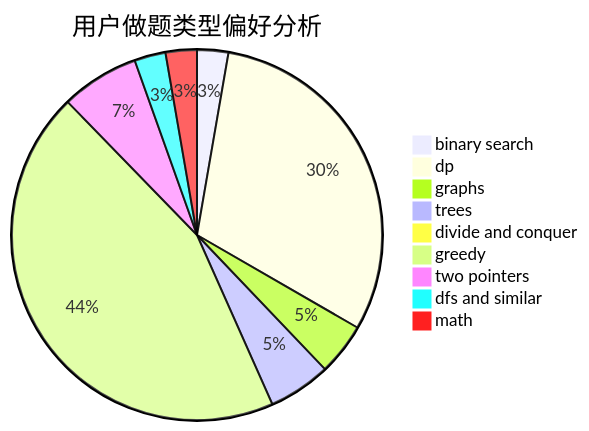
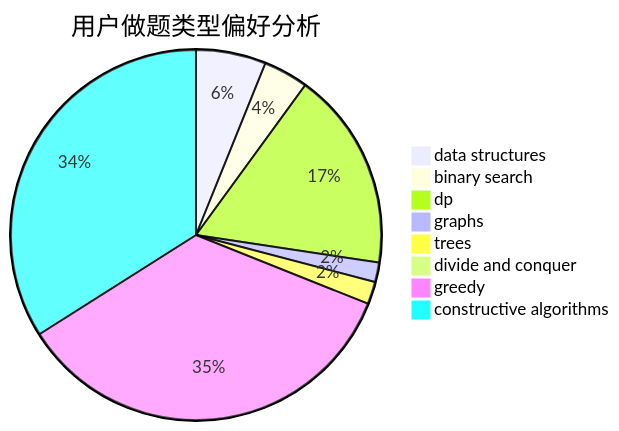
Before and after one commit to sherpahu/cfrs.github.io: the second of 3 diagrams in docs/user/u1674.md, drawn with Mermaid. The commit also changed other lines of this file and 2775 other files, not shown here.

````diff
--- a/docs/user/u1674.md
+++ b/docs/user/u1674.md
@@ -23,12 +23,11 @@
 ```mermaid
 pie title 用户做题类型偏好分析
-    "binary search" :  18
-    "dp" :  202
-    "graphs" :  30
-    "trees" :  36
-    "divide and conquer" :  4
-    "greedy" :  293
-    "two pointers" :  45
-    "dfs and similar" :  18
-    "math" :  18
+    "data structures" :  25
+    "binary search" :  16
+    "dp" :  71
+    "graphs" :  7
+    "trees" :  8
+    "divide and conquer" :  0
+    "greedy" :  143
+    "constructive algorithms" :  139
 ```
````
